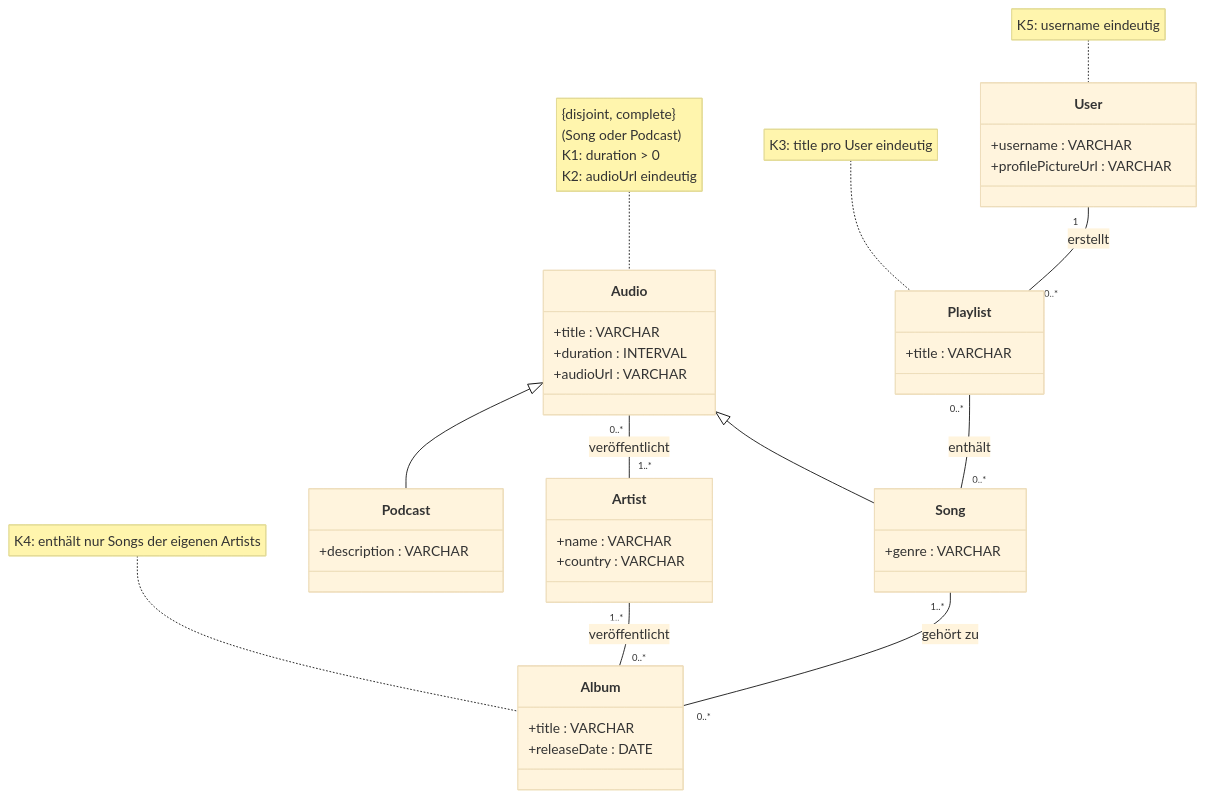
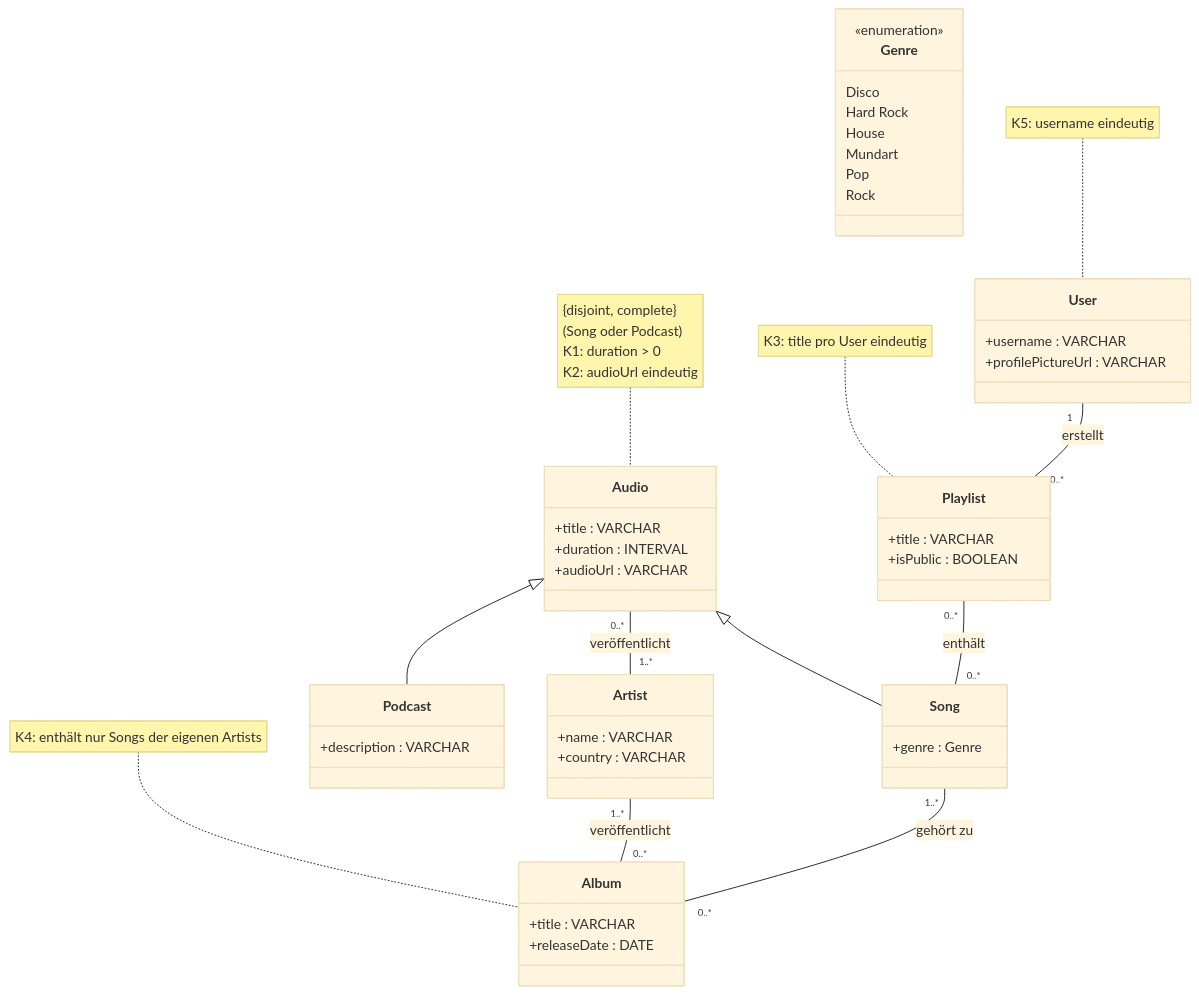
The diagram in README.md (PatriceManser/dbs1-musikliederverwaltung), drawn with Mermaid (base theme) before and after one commit. The commit also changed other lines of this file and 6 other files, not shown here.

````diff
--- a/README.md
+++ b/README.md
@@ -21,42 +21,52 @@
 ```mermaid
 classDiagram
     class Audio {
         +title : VARCHAR
         +duration : INTERVAL
         +audioUrl : VARCHAR
     }
     class Song {
-        +genre : VARCHAR
+        +genre : Genre
+    }
+    class Genre {
+        <<enumeration>>
+        Disco
+        Hard Rock
+        House
+        Mundart
+        Pop
+        Rock
     }
     class Podcast {
         +description : VARCHAR
     }
     class Artist {
         +name : VARCHAR
         +country : VARCHAR
     }
     class Album {
         +title : VARCHAR
         +releaseDate : DATE
     }
     class Playlist {
         +title : VARCHAR
+        +isPublic : BOOLEAN
     }
     class User {
         +username : VARCHAR
         +profilePictureUrl : VARCHAR
     }
 
     Audio <|-- Song
     Audio <|-- Podcast
     Audio "0..*" -- "1..*" Artist : veröffentlicht
     Artist "1..*" -- "0..*" Album : veröffentlicht
     Song "1..*" -- "0..*" Album : gehört zu
     User "1" -- "0..*" Playlist : erstellt
     Playlist "0..*" -- "0..*" Song : enthält
 
     note for Audio "{disjoint, complete} <br>(Song oder Podcast)<br>K1: duration > 0<br>K2: audioUrl eindeutig"
     note for Playlist "K3: title pro User eindeutig"
     note for Album "K4: enthält nur Songs der eigenen Artists"
     note for User "K5: username eindeutig"
 ```
````
